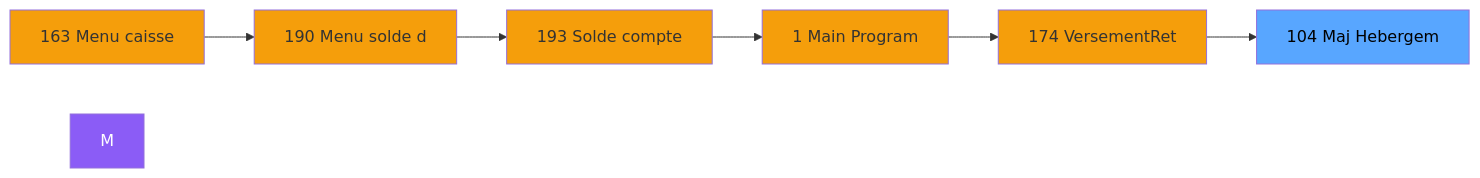
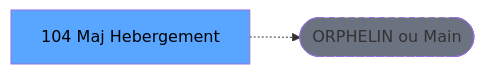
One commit to thonyAGP/lecteur-magic changed the second of 3 diagrams in .openspec/specs/ADH-IDE-104.md. Above: the diagram before and after it, drawn with Mermaid. The commit also changed other lines of this file and 701 other files, not shown here.

````diff
--- a/.openspec/specs/ADH-IDE-104.md
+++ b/.openspec/specs/ADH-IDE-104.md
@@ -114,21 +118,8 @@
 ```mermaid
 graph LR
-    N163[163 Menu caisse ]
-    N190[190 Menu solde d]
-    N193[193 Solde compte]
-    N1[1 Main Program]
-    N174[174 VersementRet]
-    T[104 Maj Hebergem]
-    N163 --> N190
-    N190 --> N193
-    N193 --> N1
-    N1 --> N174
-    N174 --> T
-    style M fill:#8b5cf6,color:#fff
-    style N163 fill:#f59e0b
-    style N190 fill:#f59e0b
-    style N193 fill:#f59e0b
-    style N1 fill:#f59e0b
-    style N174 fill:#f59e0b
+    T[104 Maj Hebergement]
+    ORPHAN([ORPHELIN ou Main])
+    T -.-> ORPHAN
     style T fill:#58a6ff,color:#000
+    style ORPHAN fill:#6b7280,stroke-dasharray: 5 5
 ```
````
